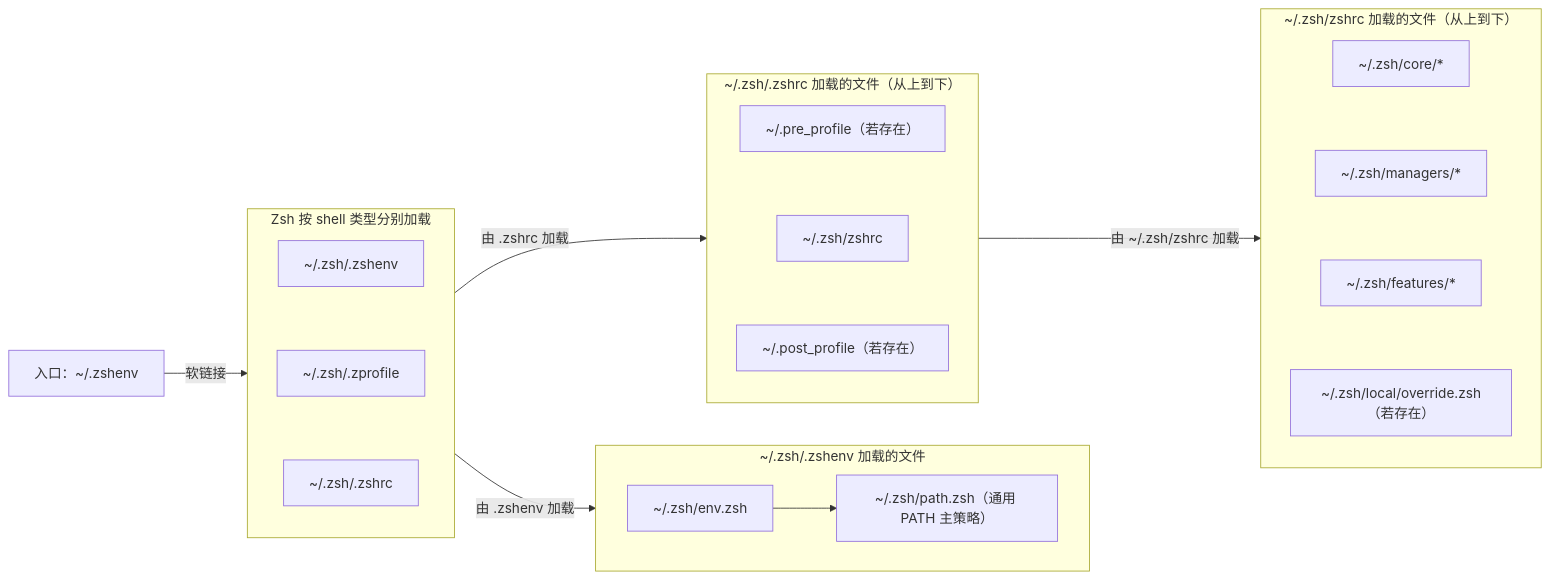
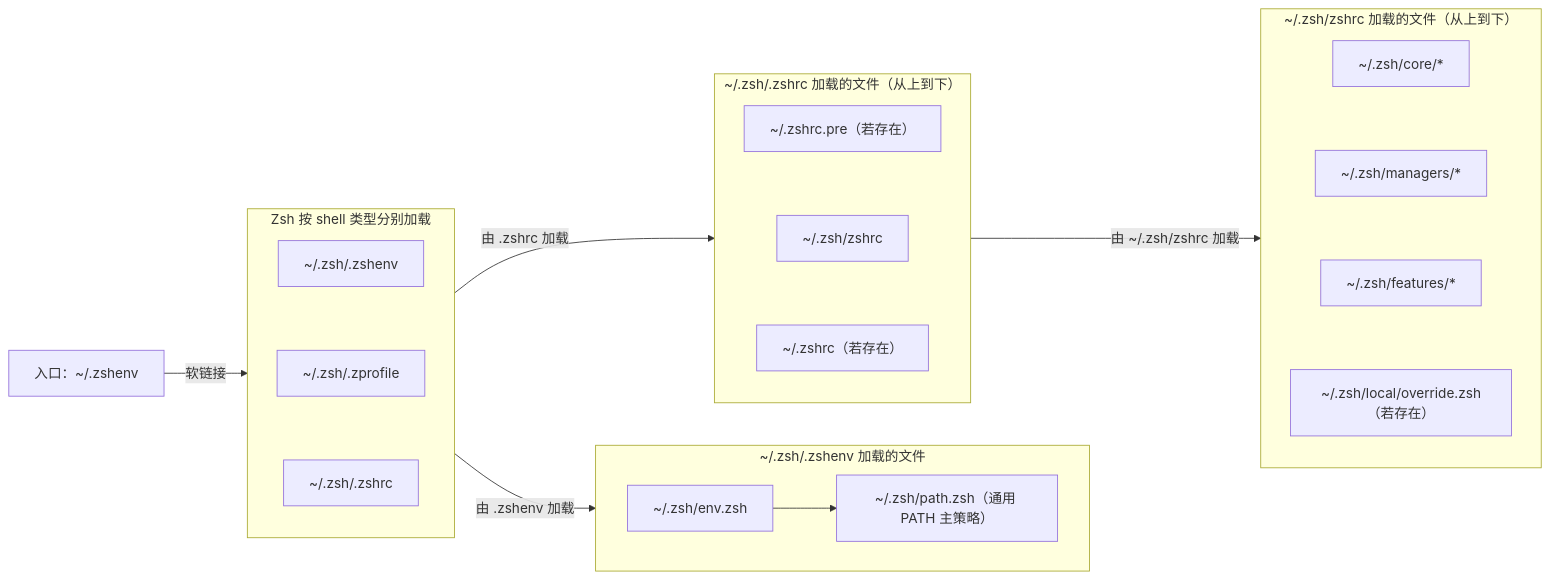
The diagram in README.md (Forgo7ten/dotfiles), drawn with Mermaid before and after one commit. The commit also changed 9 other files, not shown here.

````diff
--- a/README.md
+++ b/README.md
@@ -25,53 +25,53 @@
 ```mermaid
 flowchart LR
     A["入口：~/.zshenv"]
 
     subgraph system["Zsh 按 shell 类型分别加载"]
         direction TB
 
         B["~/.zsh/.zshenv"]
         P["~/.zsh/.zprofile"]
         C["~/.zsh/.zshrc"]
 
         B ~~~ P
         P ~~~ C
     end
 
     subgraph environment["~/.zsh/.zshenv 加载的文件"]
         direction LR
 
         Q["~/.zsh/env.zsh"]
         R["~/.zsh/path.zsh（通用 PATH 主策略）"]
 
         Q --> R
     end
 
     subgraph bootstrap["~/.zsh/.zshrc 加载的文件（从上到下）"]
         direction TB
 
-        D["~/.pre_profile（若存在）"]
+        D["~/.zshrc.pre（若存在）"]
         E["~/.zsh/zshrc"]
-        F["~/.post_profile（若存在）"]
+        F["~/.zshrc（若存在）"]
 
         D ~~~ E
         E ~~~ F
     end
 
     subgraph config["~/.zsh/zshrc 加载的文件（从上到下）"]
         direction TB
 
         G["~/.zsh/core/*"]
         H["~/.zsh/managers/*"]
         I["~/.zsh/features/*"]
         J["~/.zsh/local/override.zsh（若存在）"]
 
         G ~~~ H
         H ~~~ I
         I ~~~ J
     end
 
     A -->|软链接| system
     system -->|"由 .zshenv 加载"| environment
     system -->|"由 .zshrc 加载"| bootstrap
     bootstrap -->|"由 ~/.zsh/zshrc 加载"| config
 ```
````
